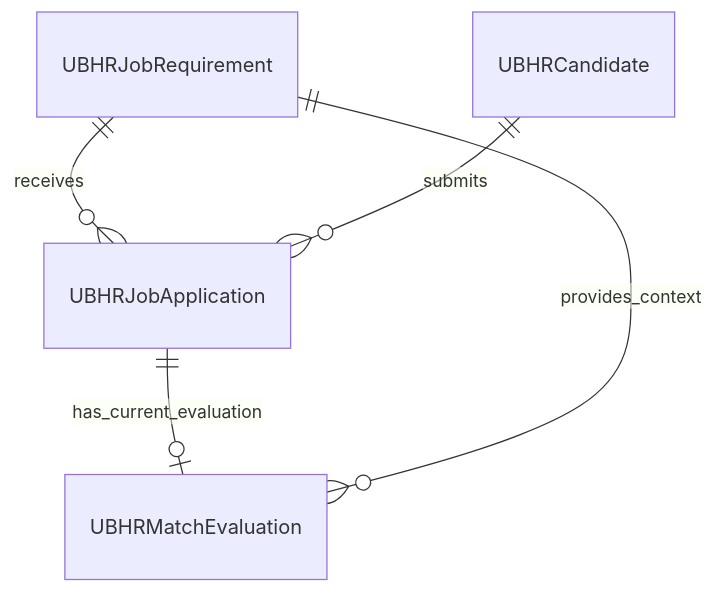
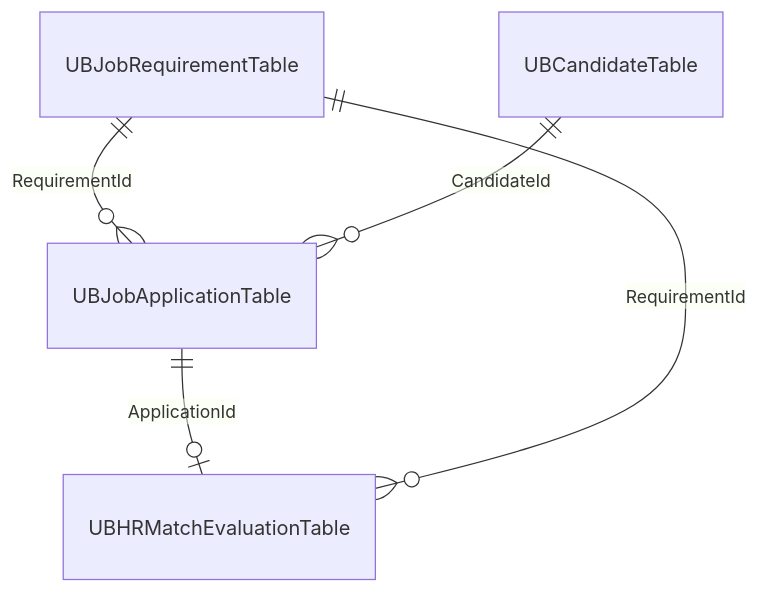
The diagram in docs/d365-schema.md (SriTharoon05/UB_HRProcess_Agent), drawn with Mermaid before and after one commit. The commit also changed other lines of this file and 48 other files, not shown here.

````diff
--- a/docs/d365-schema.md
+++ b/docs/d365-schema.md
@@ -18,7 +15,7 @@
 ```mermaid
 erDiagram
-    UBHRJobRequirement ||--o{ UBHRJobApplication : receives
-    UBHRCandidate ||--o{ UBHRJobApplication : submits
-    UBHRJobApplication ||--o| UBHRMatchEvaluation : has_current_evaluation
-    UBHRJobRequirement ||--o{ UBHRMatchEvaluation : provides_context
+    UBJobRequirementTable ||--o{ UBJobApplicationTable : RequirementId
+    UBCandidateTable ||--o{ UBJobApplicationTable : CandidateId
+    UBJobApplicationTable ||--o| UBHRMatchEvaluationTable : ApplicationId
+    UBJobRequirementTable ||--o{ UBHRMatchEvaluationTable : RequirementId
 ```
````
